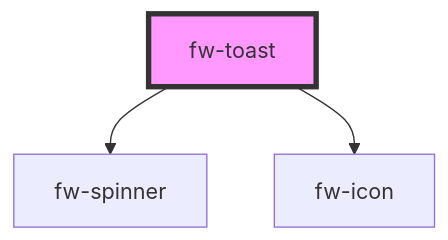
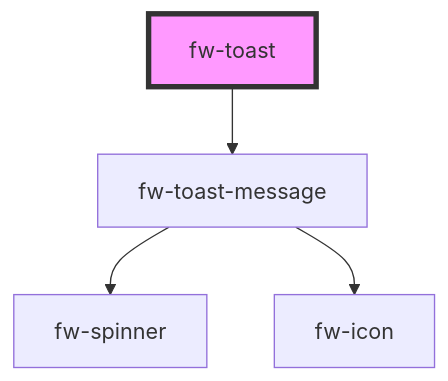
One commit to freshworks/crayons changed the diagram in packages/crayons-core/src/components/toast/readme.md. Above: the diagram before and after it, drawn with Mermaid. The commit also changed other lines of this file and 20 other files, not shown here.

````diff
--- a/packages/crayons-core/src/components/toast/readme.md
+++ b/packages/crayons-core/src/components/toast/readme.md
@@ -92,6 +153,7 @@
 ```mermaid
 graph TD;
-  fw-toast --> fw-spinner
-  fw-toast --> fw-icon
+  fw-toast --> fw-toast-message
+  fw-toast-message --> fw-spinner
+  fw-toast-message --> fw-icon
   style fw-toast fill:#f9f,stroke:#333,stroke-width:4px
 ```
````
